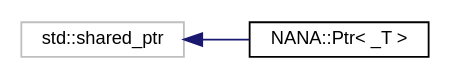
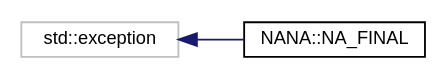
One commit to YuruTu/NANA changed the diagram in docs/inherit_graph_24.dot. Above: the diagram before and after it, drawn with Graphviz. The commit also changed 123 other files, not shown here.

```diff
--- a/docs/inherit_graph_24.dot
+++ b/docs/inherit_graph_24.dot
@@ -1,10 +1,10 @@
 digraph "类继承关系图"
 {
  // LATEX_PDF_SIZE
   edge [fontname="Helvetica",fontsize="10",labelfontname="Helvetica",labelfontsize="10"];
   node [fontname="Helvetica",fontsize="10",shape=record];
   rankdir="LR";
-  Node28 [label="std::shared_ptr",height=0.2,width=0.4,color="grey75", fillcolor="white", style="filled",tooltip=" "];
-  Node28 -> Node0 [dir="back",color="midnightblue",fontsize="10",style="solid",fontname="Helvetica"];
-  Node0 [label="NANA::Ptr\< _T \>",height=0.2,width=0.4,color="black", fillcolor="white", style="filled",URL="$class_n_a_n_a_1_1_ptr.html",tooltip="继承自std::shared_ptr的智能指针"];
+  Node15 [label="std::exception",height=0.2,width=0.4,color="grey75", fillcolor="white", style="filled",tooltip=" "];
+  Node15 -> Node0 [dir="back",color="midnightblue",fontsize="10",style="solid",fontname="Helvetica"];
+  Node0 [label="NANA::NA_FINAL",height=0.2,width=0.4,color="black", fillcolor="white", style="filled",URL="$class_n_a_n_a_1_1_n_a___f_i_n_a_l.html",tooltip="用于异常抛出"];
 }
```
